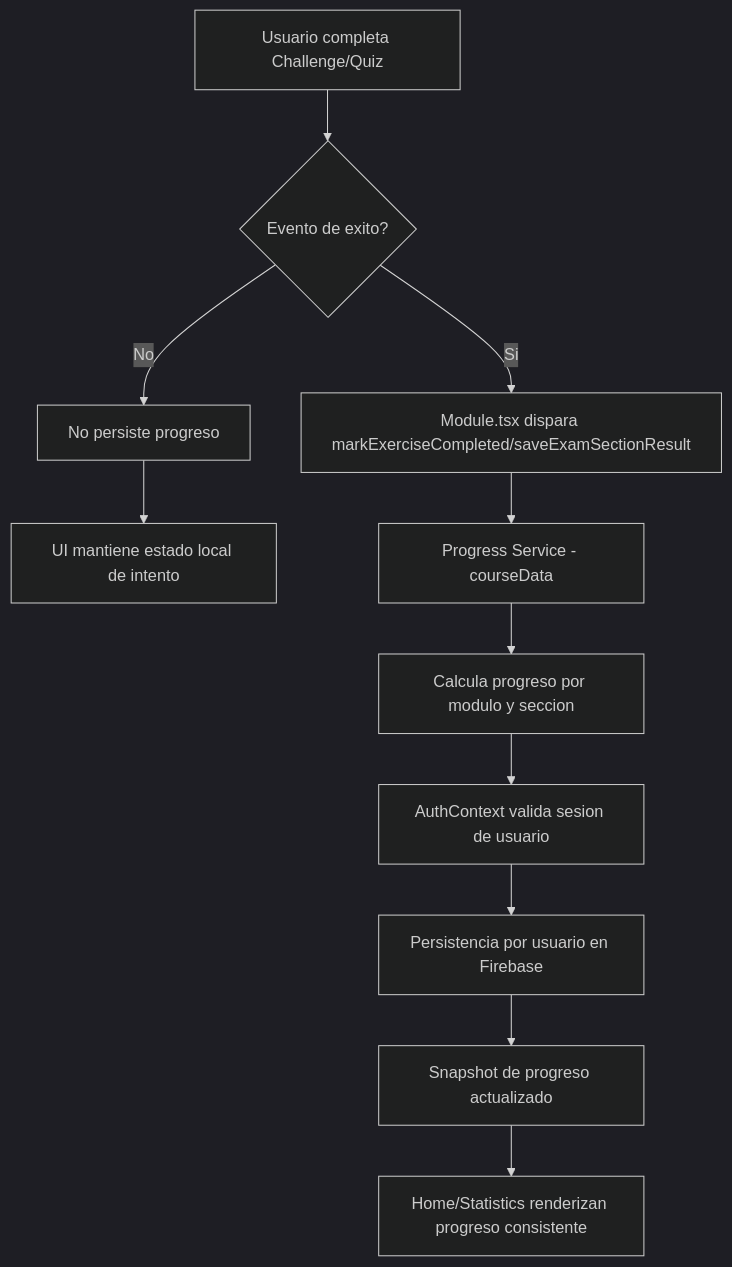
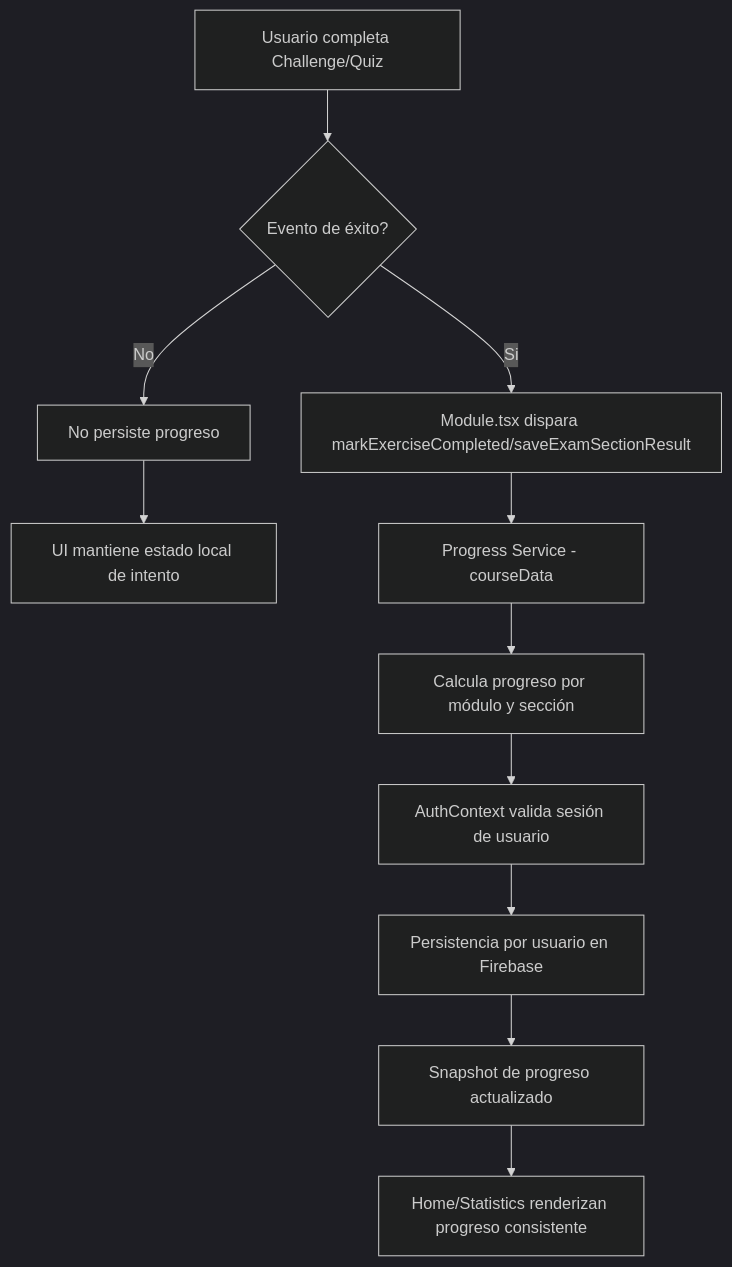
Before and after one commit to IgnacioJofreGrra/discrete-math-academy: the diagram in README.md, drawn with Mermaid (dark theme). The commit also changed other lines of this file and 5 other files, not shown here.

````diff
--- a/README.md
+++ b/README.md
@@ -51,14 +53,14 @@
 ```mermaid
 flowchart TD
-    A[Usuario completa Challenge/Quiz] --> B{Evento de exito?}
+    A[Usuario completa Challenge/Quiz] --> B{Evento de éxito?}
     B -- No --> C[No persiste progreso]
     C --> D[UI mantiene estado local de intento]
 
     B -- Si --> E[Module.tsx dispara markExerciseCompleted/saveExamSectionResult]
     E --> F[Progress Service - courseData]
-    F --> G[Calcula progreso por modulo y seccion]
-    G --> H[AuthContext valida sesion de usuario]
+    F --> G[Calcula progreso por módulo y sección]
+    G --> H[AuthContext valida sesión de usuario]
     H --> I[Persistencia por usuario en Firebase]
     I --> J[Snapshot de progreso actualizado]
     J --> K[Home/Statistics renderizan progreso consistente]
 ```
````
